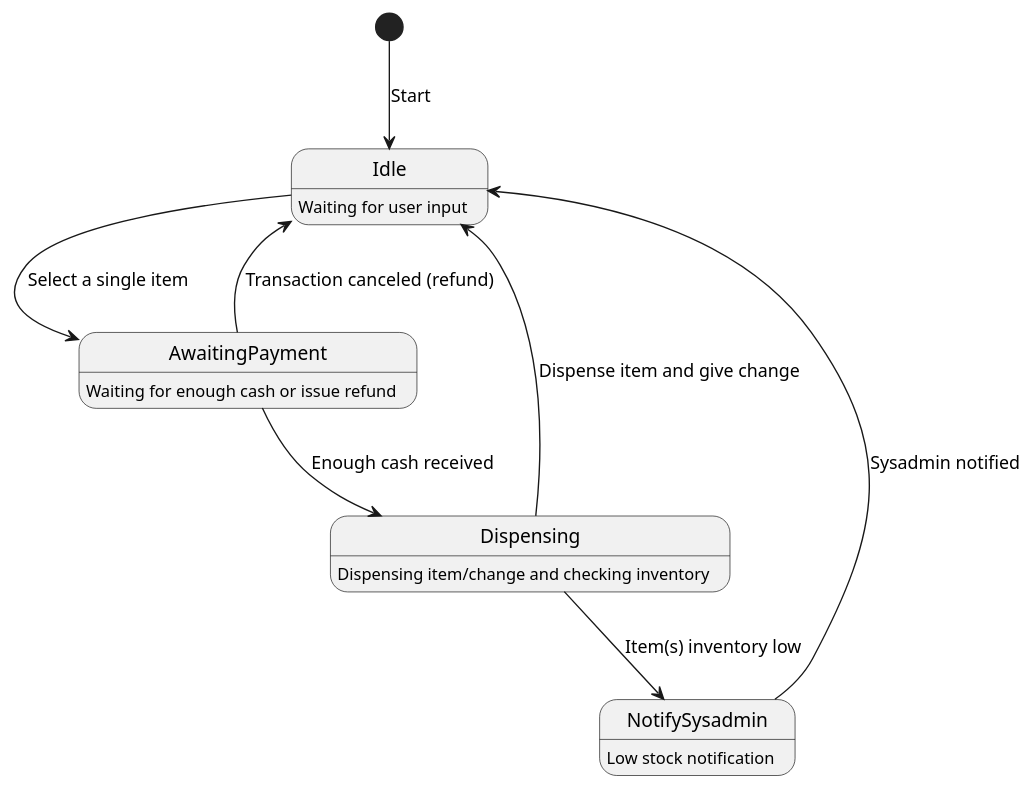
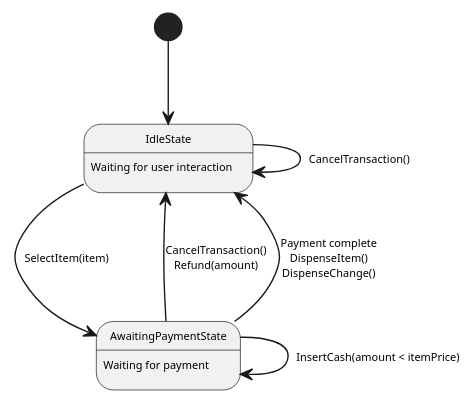
The first of 10 diagrams in README.md (farooq-teqniqly/system-design-vending-machine), drawn with PlantUML before and after one commit. The commit also changed other lines of this file, not shown here.

````diff
--- a/README.md
+++ b/README.md
@@ -7,19 +10,17 @@
 ```plantuml
 @startuml
+skinparam DefaultFontSize 8
 
-[*] --> Idle : Start
+[*] --> IdleState
 
-Idle --> AwaitingPayment : Select a single item
-AwaitingPayment --> Dispensing : Enough cash received
-AwaitingPayment --> Idle : Transaction canceled (refund)
-Dispensing --> Idle : Dispense item and give change
-Dispensing --> NotifySysadmin : Item(s) inventory low
-NotifySysadmin --> Idle : Sysadmin notified
+IdleState : Waiting for user interaction
+IdleState --> AwaitingPaymentState : SelectItem(item)
+IdleState --> IdleState : CancelTransaction()
 
-Idle : Waiting for user input
-AwaitingPayment : Waiting for enough cash or issue refund
-Dispensing : Dispensing item/change and checking inventory
-NotifySysadmin : Low stock notification
+AwaitingPaymentState : Waiting for payment
+AwaitingPaymentState --> IdleState : CancelTransaction()\nRefund(amount)
+AwaitingPaymentState --> IdleState : Payment complete\nDispenseItem()\nDispenseChange()
+AwaitingPaymentState --> AwaitingPaymentState : InsertCash(amount < itemPrice)
+@enduml
 
-@enduml
 ```
````
